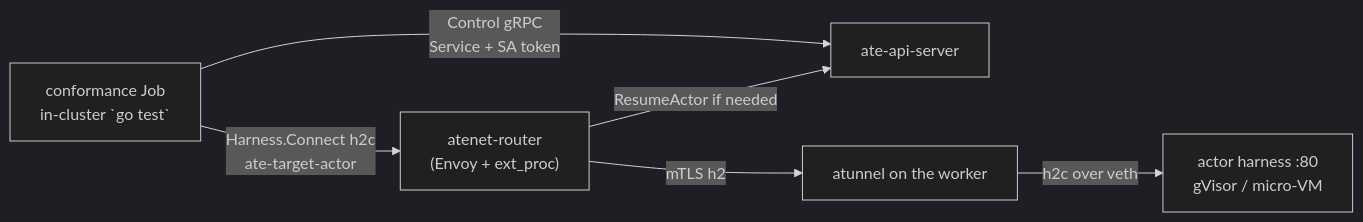
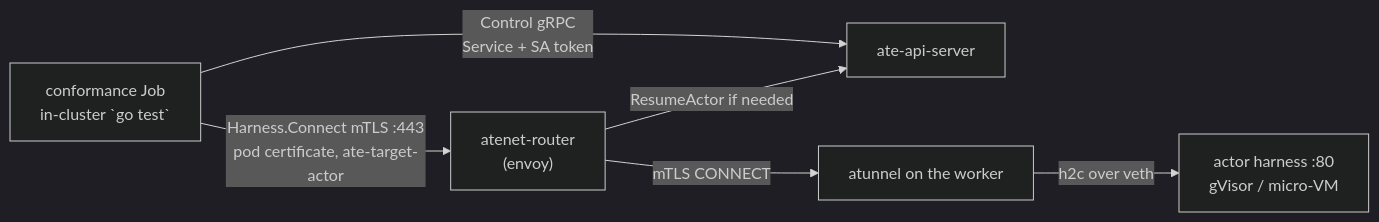
The diagram in docs/substrate-conformance.md (agent-primitives/sessions), drawn with Mermaid (dark theme) before and after one commit. The commit also changed other lines of this file and 92 other files, not shown here.

First line of the commit message:
feat(substrate): move adapter to Substrate v1 (go.ate.dev/substrate api/ateapi/v1) (#231)

````diff
--- a/docs/substrate-conformance.md
+++ b/docs/substrate-conformance.md
@@ -873,21 +1103,22 @@
 ```mermaid
 flowchart LR
   accTitle: Conformance traffic on agent-substrate
   accDescr {
     The in-cluster conformance Job calls ate-api-server over Control gRPC with a service-account
-    token, and opens Harness.Connect over h2c to atenet-router, addressed by ate-target-actor.
-    The router resumes the actor through ate-api-server if needed, then forwards over mTLS h2 to
-    atunnel on the worker, which reaches the actor harness on port 80 over h2c on a veth pair.
+    token, and opens Harness.Connect over mTLS to atenet-router with its pod certificate, addressed
+    by ate-target-actor. The router resumes the actor through ate-api-server if needed, then tunnels
+    over mTLS CONNECT to atunnel on the worker, which reaches the actor harness on port 80 over h2c
+    on a veth pair.
   }
   job["conformance Job<br/>in-cluster `go test`"]
   api["ate-api-server"]
-  router["atenet-router<br/>(Envoy + ext_proc)"]
+  router["atenet-router<br/>(envoy)"]
   tunnel["atunnel on the worker"]
   actor["actor harness :80<br/>gVisor / micro-VM"]
 
   job -->|"Control gRPC<br/>Service + SA token"| api
-  job -->|"Harness.Connect h2c<br/>ate-target-actor"| router
+  job -->|"Harness.Connect mTLS :443<br/>pod certificate, ate-target-actor"| router
   router -->|"ResumeActor if needed"| api
-  router -->|"mTLS h2"| tunnel
+  router -->|"mTLS CONNECT"| tunnel
   tunnel -->|"h2c over veth"| actor
 ```
````
